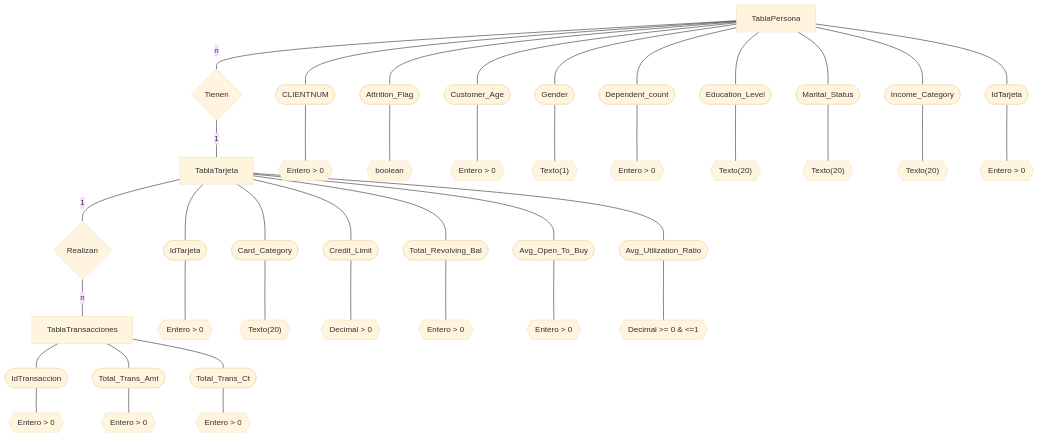
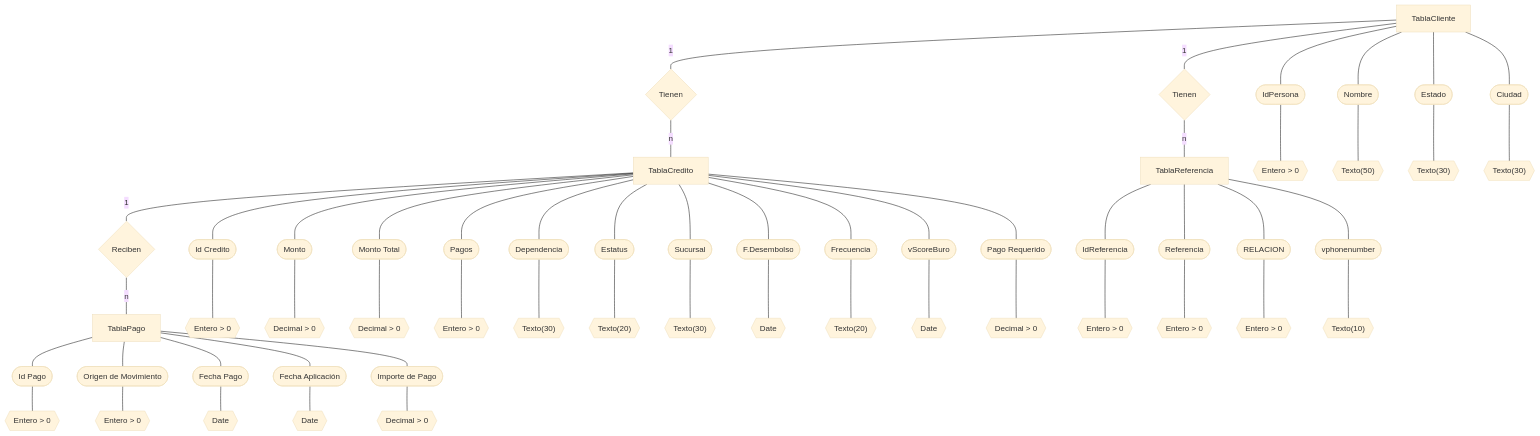
The diagram in Primera_Base/Tarea2/Tarea2.md (4LB3RTH8212/BDR), drawn with Mermaid (base theme) before and after one commit. The commit also changed other lines of this file and 1 other file, not shown here.

Commit message:
Se Carga Tarea 2 Nueva Base

````diff
--- a/Primera_Base/Tarea2/Tarea2.md
+++ b/Primera_Base/Tarea2/Tarea2.md
@@ -5,49 +5,64 @@
 ```mermaid
 flowchart TD
-    1[TablaPersona]
-    1 --- A([CLIENTNUM])
+    1[TablaCliente]
+    1 --- A([IdPersona])
     A --- a{{Entero > 0}}
-    1 --- B([Attrition_Flag])
-    B --- b{{boolean}}
-    1 --- C([Customer_Age])
-    C --- c{{Entero > 0}}
-    1 --- D([Gender])
-    D --- d{{"Texto(1)"}}
-    1 --- E([Dependent_count])
-    E --- e{{Entero > 0}}
-    1 --- F([Education_Level])
-    F --- f{{"Texto(20)"}}
-    1 --- G([Marital_Status])
-    G --- g{{"Texto(20)"}}
-    1 --- H([Income_Category])
-    H --- h{{"Texto(20)"}}
-    1 --- I([IdTarjeta])
-    I --- i{{Entero > 0}}
-    
+    1 --- B([Nombre])
+    B --- b{{"Texto(50)"}}
+    1 --- C([Estado])
+    C --- c{{"Texto(30)"}}
+    1 --- D([Ciudad])
+    D --- d{{"Texto(30)"}}
 
-1---|n|11{Tienen}
-11 ---|1|2
-2[TablaTarjeta]
-2---II([IdTarjeta])
-II --- ii{{Entero > 0}}
-2---J([Card_Category])
+1---|1|11{Tienen}
+11 ---|n|2
+2[TablaCredito]
+2 ---E([Id Credito])
+E --- e{{Entero > 0}}
+2 ---F([Monto])
+F --- f{{Decimal > 0}}
+2 ---G([Monto Total])
+G --- g{{Decimal > 0}}
+2 ---H([Pagos])
+H --- h{{Entero > 0}}
+2 ---I([Dependencia])
+I --- i{{"Texto(30)"}}
+2 ---J([Estatus])
 J --- j{{"Texto(20)"}}
-2---O([Credit_Limit])
-O --- o{{Decimal > 0}}
-2---P([Total_Revolving_Bal])
+2 ---K([Sucursal])
+K --- k{{"Texto(30)"}}
+2 ---L([F.Desembolso])
+L --- l{{Date}}
+2 ---M([Frecuencia])
+M --- m{{"Texto(20)"}}
+2 ---N([vScoreBuro])
+N --- n{{Date}}
+2 ---Ñ([Pago Requerido])
+Ñ --- ñ{{Decimal > 0}}
+
+2---|1|22{Reciben}
+22 ---|n|3
+3[TablaPago]
+3 ---P([Id Pago])
 P --- p{{Entero > 0}}
-2---Q([Avg_Open_To_Buy])
+3 ---Q([Origen de Movimiento])
 Q --- q{{Entero > 0}}
-2---V([Avg_Utilization_Ratio])
-V --- v{{Decimal >= 0 & <=1}}
+3 ---R([Fecha Pago])
+R --- r{{Date}}
+3 ---S([Fecha Aplicación])
+S --- s{{Date}}
+3 ---T([Importe de Pago])
+T --- t{{Decimal > 0}}
 
-2---|1|22{Realizan}
-22 ---|n|3
-3[TablaTransacciones]
-3---X([IdTransaccion])
-X --- x{{Entero > 0}}
-3---S([Total_Trans_Amt])
-S --- s{{Entero > 0}}
-3---T([Total_Trans_Ct])
-T --- t{{Entero > 0}}
+1---|1|33{Tienen}
+33 ---|n|4
+4[TablaReferencia]
+4 ---U([IdReferencia])
+U --- u{{Entero > 0}}
+4 ---V([Referencia])
+V --- v{{Entero > 0}}
+4 ---W([RELACION])
+W --- w{{Entero > 0}}
+4 ---X([vphonenumber])
+X --- x{{"Texto(10)"}}
 ```
````
